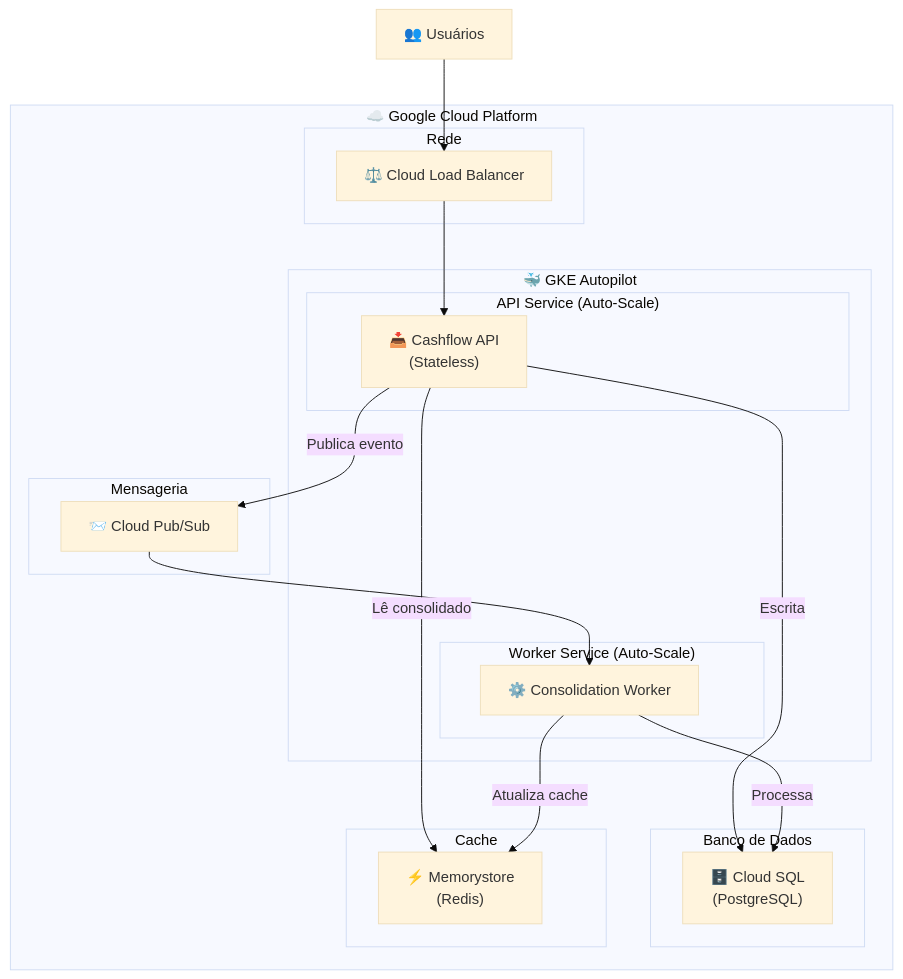
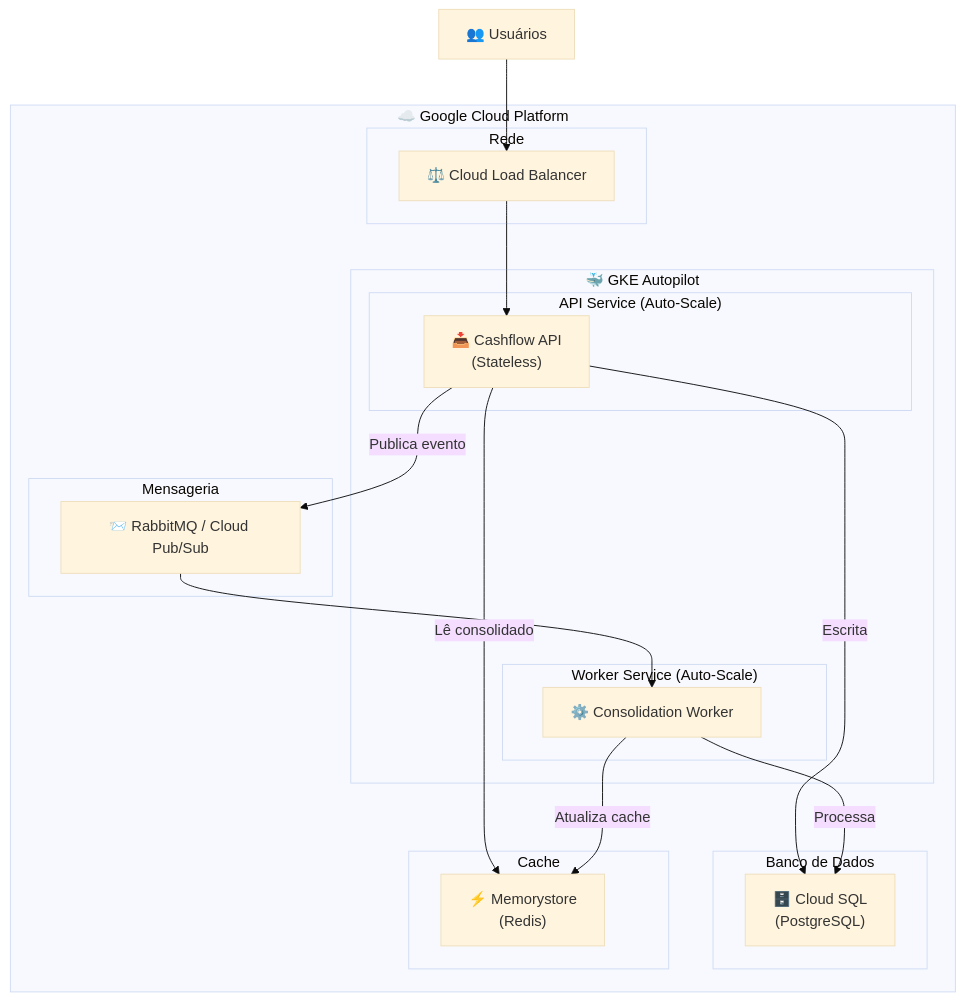
The second of 7 diagrams in docs/ARQUITETURA.md (nelson1987/desafio-cashflow), drawn with Mermaid (base theme) before and after one commit. The commit also changed other lines of this file and 3 other files, not shown here.

````diff
--- a/docs/ARQUITETURA.md
+++ b/docs/ARQUITETURA.md
@@ -43,40 +59,40 @@
 ```mermaid
 flowchart TB
     subgraph GCP["☁️ Google Cloud Platform"]
         subgraph Network["Rede"]
             LB["⚖️ Cloud Load Balancer"]
         end
         
         subgraph GKE["🐳 GKE Autopilot"]
             subgraph APIService["API Service (Auto-Scale)"]
                 API["📥 Cashflow API<br/>(Stateless)"]
             end
             
             subgraph WorkerService["Worker Service (Auto-Scale)"]
-                Worker["⚙️ Consolidation Worker"]
+                ConsolidationWorker["⚙️ Consolidation Worker"]
             end
         end
         
         subgraph Messaging["Mensageria"]
-            PubSub["📨 Cloud Pub/Sub"]
+            PubSub["📨 RabbitMQ / Cloud Pub/Sub"]
         end
         
         subgraph Database["Banco de Dados"]
             CloudSQL["🗄️ Cloud SQL<br/>(PostgreSQL)"]
         end
         
         subgraph Cache["Cache"]
             Memorystore["⚡ Memorystore<br/>(Redis)"]
         end
     end
     
     Users["👥 Usuários"] --> LB
     LB --> API
     API -->|Escrita| CloudSQL
     API -->|Publica evento| PubSub
     API -->|Lê consolidado| Memorystore
     
-    PubSub --> Worker
-    Worker -->|Processa| CloudSQL
-    Worker -->|Atualiza cache| Memorystore
+    PubSub --> ConsolidationWorker
+    ConsolidationWorker -->|Processa| CloudSQL
+    ConsolidationWorker -->|Atualiza cache| Memorystore
 ```
````
